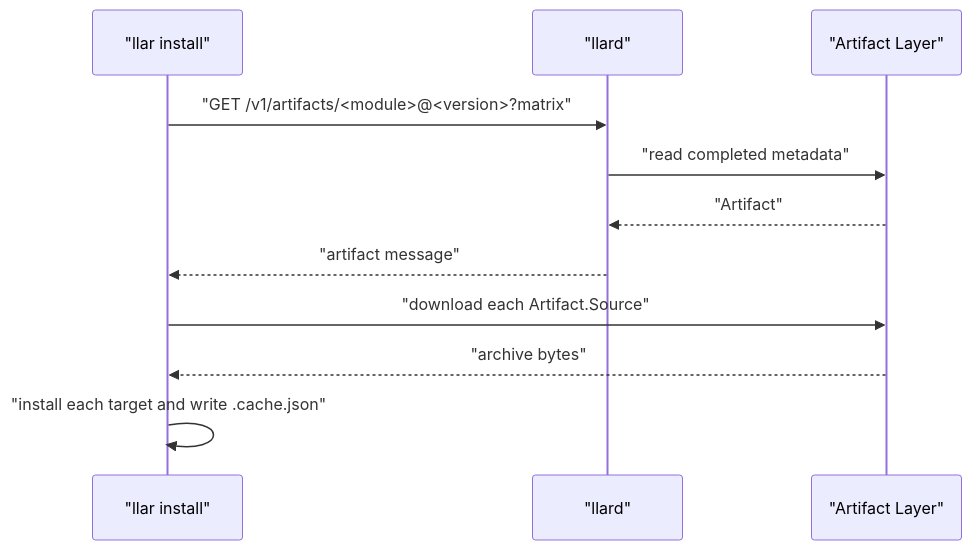
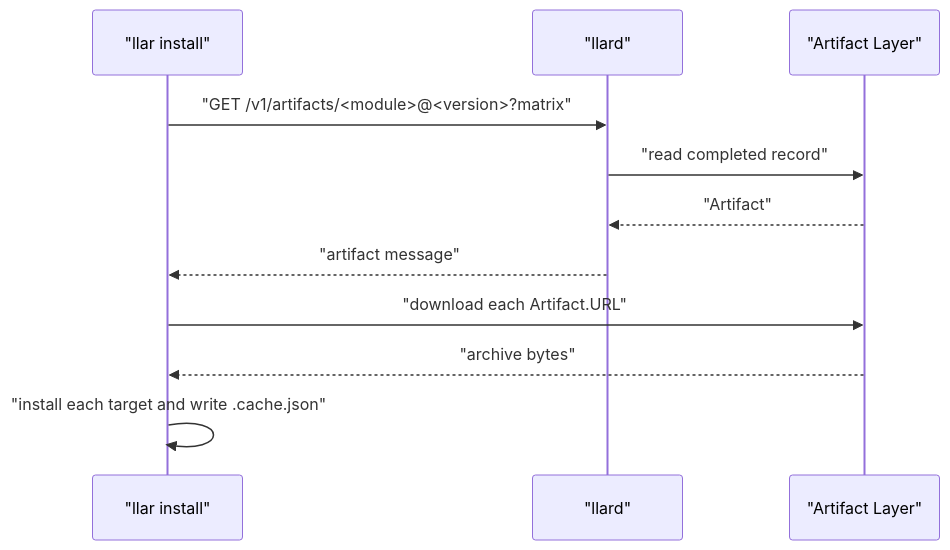
One commit to MeteorsLiu/llar changed the second of 6 diagrams in docs/superpowers/specs/2026-06-08-cloud-build-worker-architecture.md. Above: the diagram before and after it, drawn with Mermaid. The commit also changed other lines of this file and 6 other files, not shown here.

````diff
--- a/docs/superpowers/specs/2026-06-08-cloud-build-worker-architecture.md
+++ b/docs/superpowers/specs/2026-06-08-cloud-build-worker-architecture.md
@@ -413,14 +274,14 @@
 ```mermaid
 sequenceDiagram
   participant Client as "llar install"
   participant Llard as "llard"
   participant Artifact as "Artifact Layer"
 
   Client->>Llard: "GET /v1/artifacts/<module>@<version>?matrix"
-  Llard->>Artifact: "read completed metadata"
+  Llard->>Artifact: "read completed record"
   Artifact-->>Llard: "Artifact"
   Llard-->>Client: "artifact message"
-  Client->>Artifact: "download each Artifact.Source"
+  Client->>Artifact: "download each Artifact.URL"
   Artifact-->>Client: "archive bytes"
   Client->>Client: "install each target and write .cache.json"
 ```
````
